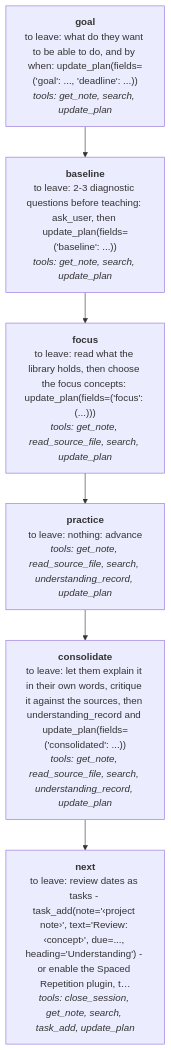
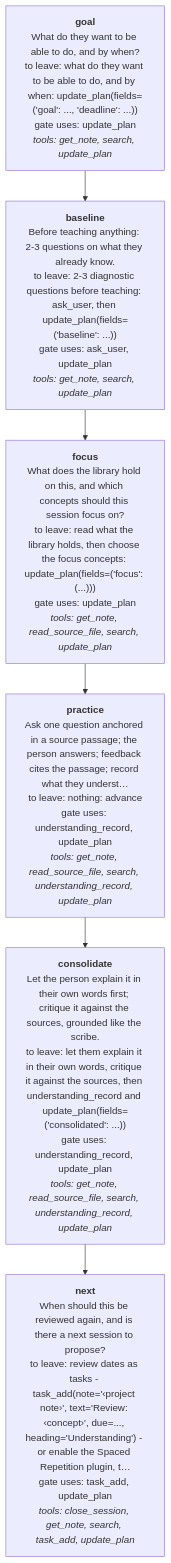
One commit to Jake36999/Librarian_V2 changed the seventh of 24 diagrams in reports/2026-11-20-workflow-map/WORKFLOW-MAP.md. Above: the diagram before and after it, drawn with Mermaid. The commit also changed other lines of this file and 11 other files, not shown here.

````diff
--- a/reports/2026-11-20-workflow-map/WORKFLOW-MAP.md
+++ b/reports/2026-11-20-workflow-map/WORKFLOW-MAP.md
@@ -109,14 +109,14 @@
 ```mermaid
 flowchart TD
-  p0["<b>goal</b><br/>to leave: what do they want to be able to do, and by when: update_plan(fields=('goal': ..., 'deadline': ...))<br/><i>tools: get_note, search, update_plan</i>"]
-  p1["<b>baseline</b><br/>to leave: 2-3 diagnostic questions before teaching: ask_user, then update_plan(fields=('baseline': ...))<br/><i>tools: get_note, search, update_plan</i>"]
+  p0["<b>goal</b><br/>What do they want to be able to do, and by when?<br/>to leave: what do they want to be able to do, and by when: update_plan(fields=('goal': ..., 'deadline': ...))<br/>gate uses: update_plan<br/><i>tools: get_note, search, update_plan</i>"]
+  p1["<b>baseline</b><br/>Before teaching anything: 2-3 questions on what they already know.<br/>to leave: 2-3 diagnostic questions before teaching: ask_user, then update_plan(fields=('baseline': ...))<br/>gate uses: ask_user, update_plan<br/><i>tools: get_note, search, update_plan</i>"]
   p0 --> p1
-  p2["<b>focus</b><br/>to leave: read what the library holds, then choose the focus concepts: update_plan(fields=('focus': (...)))<br/><i>tools: get_note, read_source_file, search, update_plan</i>"]
+  p2["<b>focus</b><br/>What does the library hold on this, and which concepts should this session focus on?<br/>to leave: read what the library holds, then choose the focus concepts: update_plan(fields=('focus': (...)))<br/>gate uses: update_plan<br/><i>tools: get_note, read_source_file, search, update_plan</i>"]
   p1 --> p2
-  p3["<b>practice</b><br/>to leave: nothing: advance<br/><i>tools: get_note, read_source_file, search, understanding_record, update_plan</i>"]
+  p3["<b>practice</b><br/>Ask one question anchored in a source passage; the person answers; feedback cites the passage; record what they underst…<br/>to leave: nothing: advance<br/>gate uses: understanding_record, update_plan<br/><i>tools: get_note, read_source_file, search, understanding_record, update_plan</i>"]
   p2 --> p3
-  p4["<b>consolidate</b><br/>to leave: let them explain it in their own words, critique it against the sources, then understanding_record and update_plan(fields=('consolidated': ...))<br/><i>tools: get_note, read_source_file, search, understanding_record, update_plan</i>"]
+  p4["<b>consolidate</b><br/>Let the person explain it in their own words first; critique it against the sources, grounded like the scribe.<br/>to leave: let them explain it in their own words, critique it against the sources, then understanding_record and update_plan(fields=('consolidated': ...))<br/>gate uses: understanding_record, update_plan<br/><i>tools: get_note, read_source_file, search, understanding_record, update_plan</i>"]
   p3 --> p4
-  p5["<b>next</b><br/>to leave: review dates as tasks - task_add(note='‹project note›', text='Review: ‹concept›', due=..., heading='Understanding') - or enable the Spaced Repetition plugin, t…<br/><i>tools: close_session, get_note, search, task_add, update_plan</i>"]
+  p5["<b>next</b><br/>When should this be reviewed again, and is there a next session to propose?<br/>to leave: review dates as tasks - task_add(note='‹project note›', text='Review: ‹concept›', due=..., heading='Understanding') - or enable the Spaced Repetition plugin, t…<br/>gate uses: task_add, update_plan<br/><i>tools: close_session, get_note, search, task_add, update_plan</i>"]
   p4 --> p5
 ```
````
